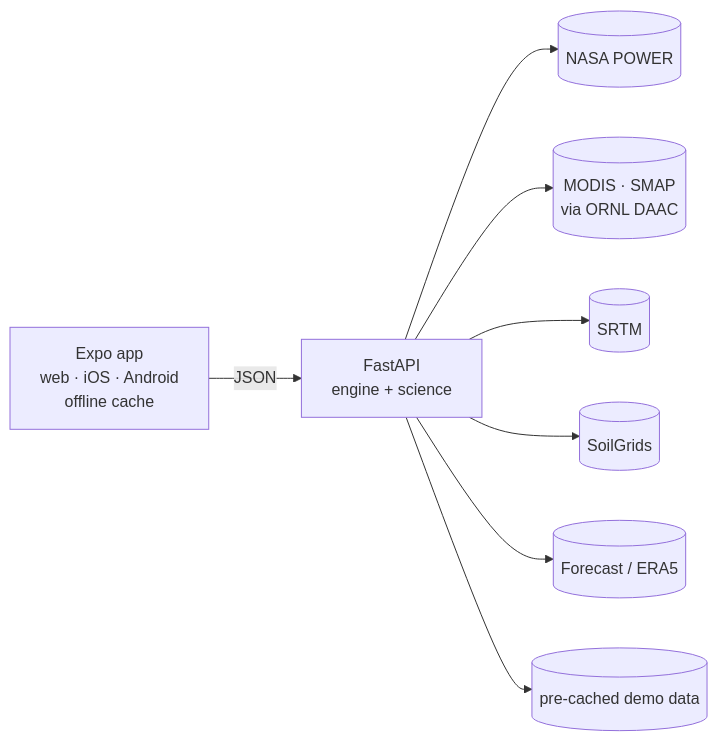
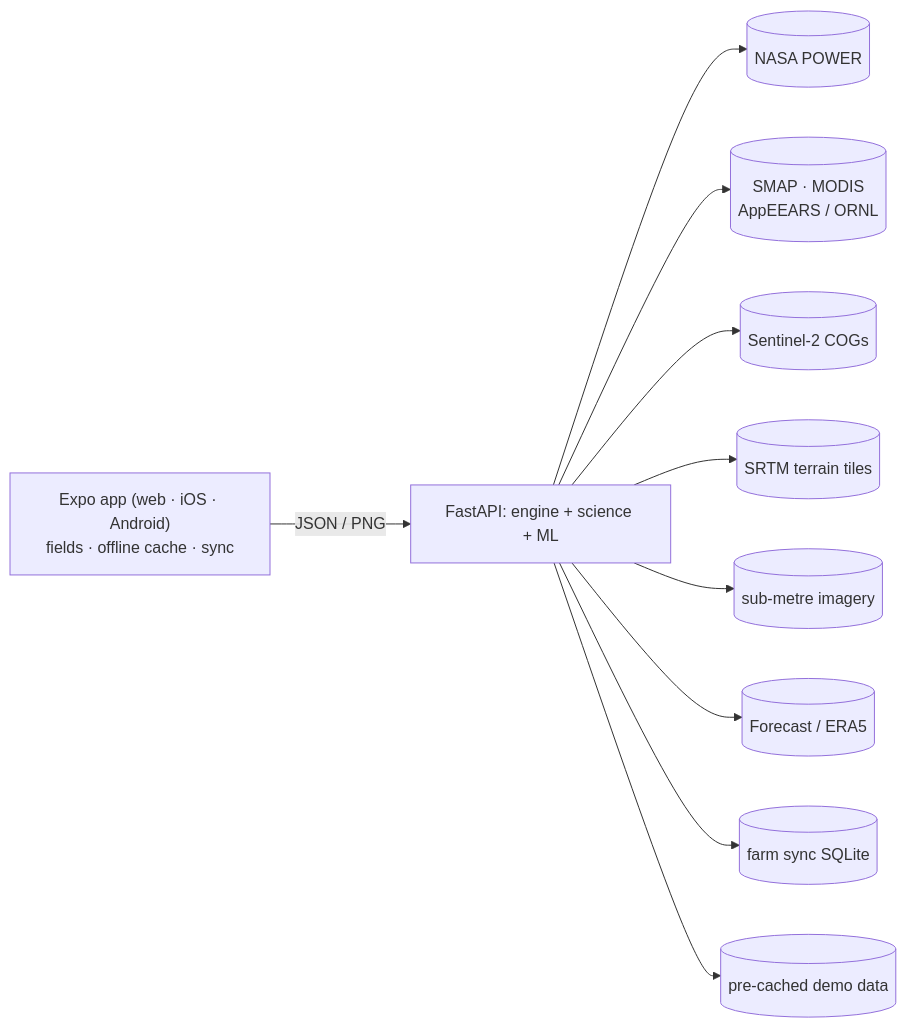
The diagram in README.md (Intelligent-Agriculture-Labs/Intelligent-Agriculture), drawn with Mermaid before and after one commit. The commit also changed other lines of this file, not shown here.

Commit message:
README: field mapping, satellite/AI features, sync, validation, disclosure

````diff
--- a/README.md
+++ b/README.md
@@ -63,6 +76,6 @@
 ```mermaid
 flowchart LR
-  App["Expo app<br/>web · iOS · Android<br/>offline cache"] -->|JSON| API["FastAPI<br/>engine + science"]
-  API --> POWER[(NASA POWER)] & ORNL[(MODIS · SMAP<br/>via ORNL DAAC)] & SRTM[(SRTM)] & Soil[(SoilGrids)] & FC[(Forecast / ERA5)]
-  API --> Demo[(pre-cached demo data)]
+  App["Expo app (web · iOS · Android)<br/>fields · offline cache · sync"] -->|JSON / PNG| API["FastAPI: engine + science + ML"]
+  API --> POWER[(NASA POWER)] & SAT[(SMAP · MODIS<br/>AppEEARS / ORNL)] & S2[(Sentinel-2 COGs)] & DEM[(SRTM terrain tiles)] & IMG[(sub-metre imagery)] & FC[(Forecast / ERA5)]
+  API --> DB[(farm sync SQLite)] & Demo[(pre-cached demo data)]
 ```
````
